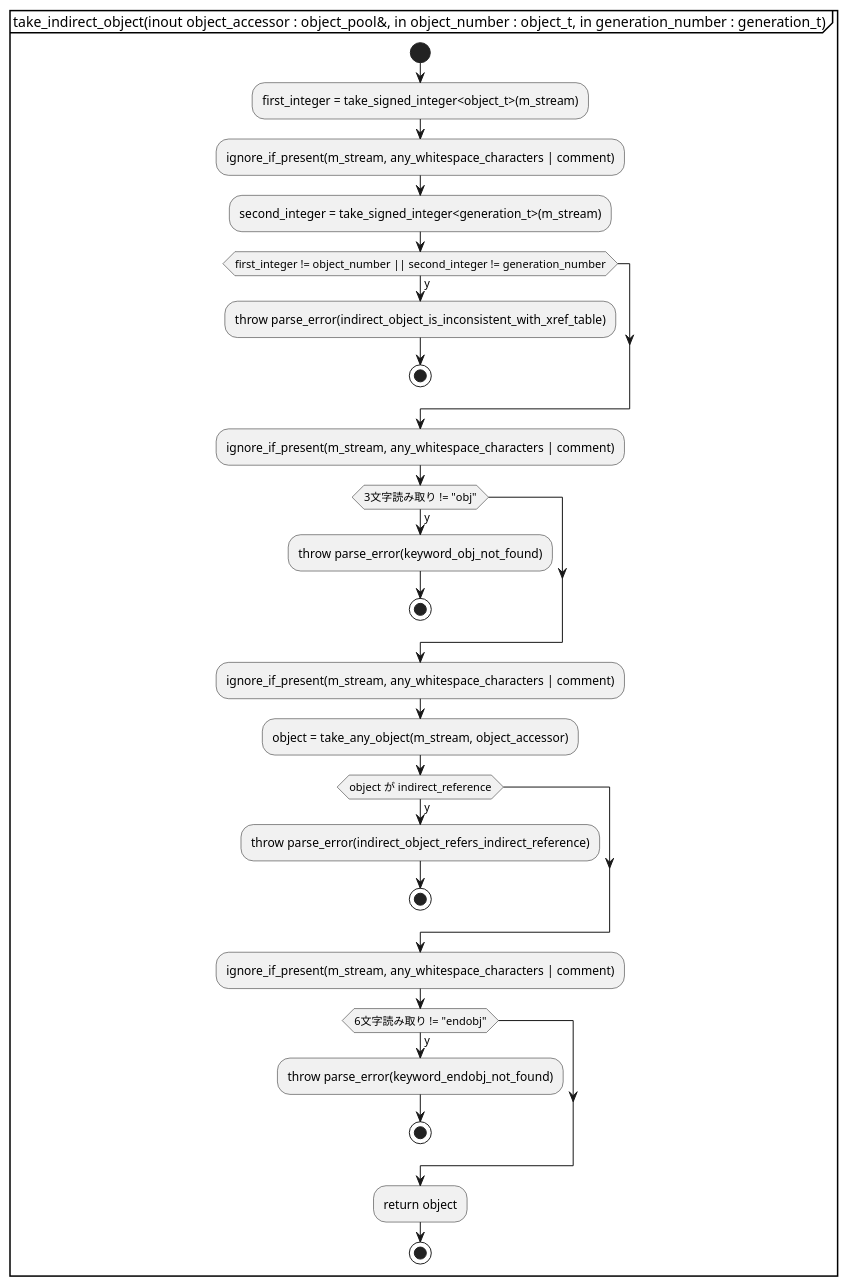
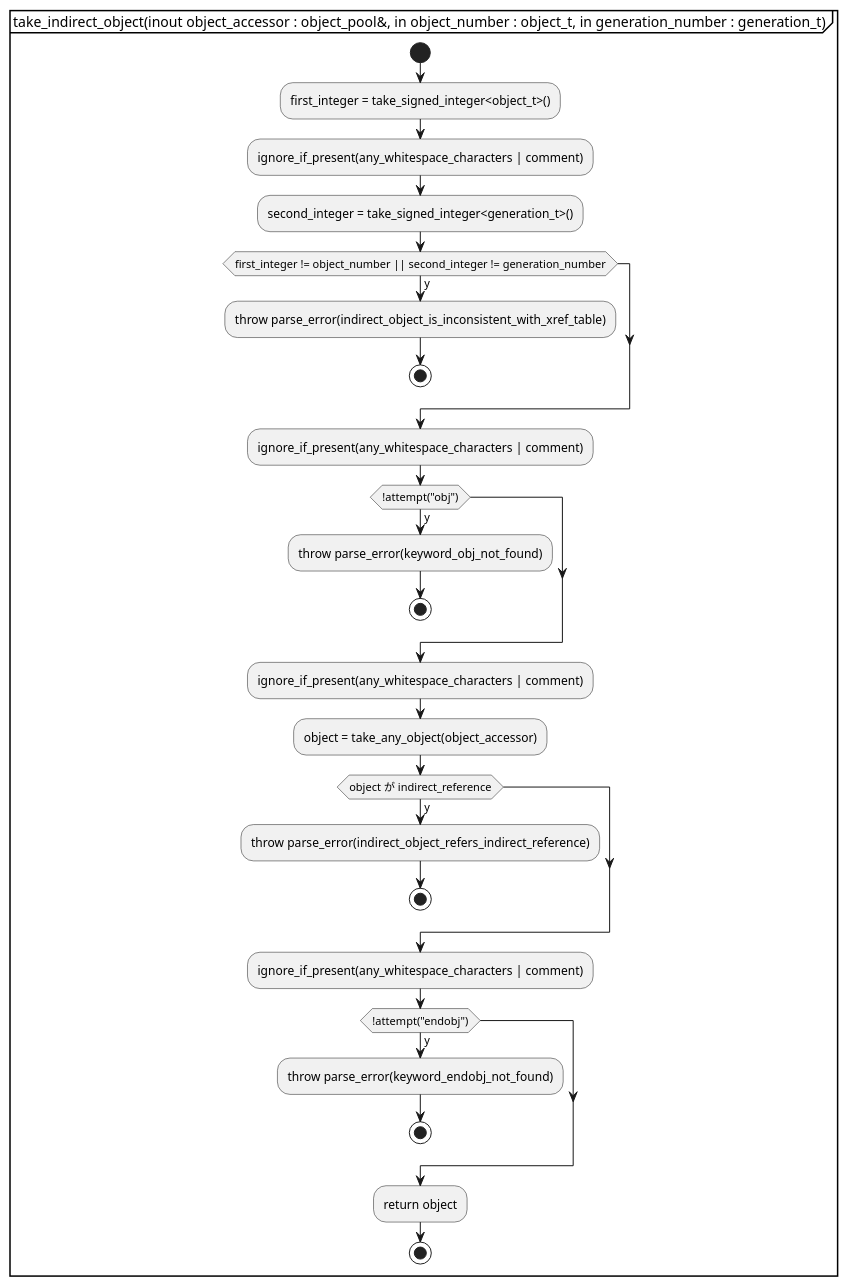
Diagram 12 of 16 in document/stream_parser.activity.pu (KodaiYM/PDFReader), drawn with PlantUML before and after one commit. The commit also changed other lines of this file and 4 other files, not shown here.

```diff
--- a/document/stream_parser.activity.pu
+++ b/document/stream_parser.activity.pu
@@ -450,34 +531,34 @@
 @startuml take_indirect_object
 partition "take_indirect_object(inout object_accessor : object_pool&, in object_number : object_t, in generation_number : generation_t)" {
 start
-	:first_integer = take_signed_integer<object_t>(m_stream);
-	:ignore_if_present(m_stream, any_whitespace_characters | comment);
-	:second_integer = take_signed_integer<generation_t>(m_stream);
+	:first_integer = take_signed_integer<object_t>();
+	:ignore_if_present(any_whitespace_characters | comment);
+	:second_integer = take_signed_integer<generation_t>();
 	if (first_integer != object_number || second_integer != generation_number) then (y)
 		:throw parse_error(indirect_object_is_inconsistent_with_xref_table);
 		stop
 	endif
 
-	:ignore_if_present(m_stream, any_whitespace_characters | comment);
-	if (3文字読み取り != "obj") then (y)
+	:ignore_if_present(any_whitespace_characters | comment);
+	if (!attempt("obj")) then (y)
 		:throw parse_error(keyword_obj_not_found);
 		stop
 	endif
 
-	:ignore_if_present(m_stream, any_whitespace_characters | comment);
-	:object = take_any_object(m_stream, object_accessor);
+	:ignore_if_present(any_whitespace_characters | comment);
+	:object = take_any_object(object_accessor);
 	if (object が indirect_reference) then (y)
 		:throw parse_error(indirect_object_refers_indirect_reference);
 		stop
 	endif
 
-	:ignore_if_present(m_stream, any_whitespace_characters | comment);
-	if (6文字読み取り != "endobj") then (y)
+	:ignore_if_present(any_whitespace_characters | comment);
+	if (!attempt("endobj")) then (y)
 		:throw parse_error(keyword_endobj_not_found);
 		stop
 	endif
 
 	:return object;
 stop
 }
 @enduml
```
